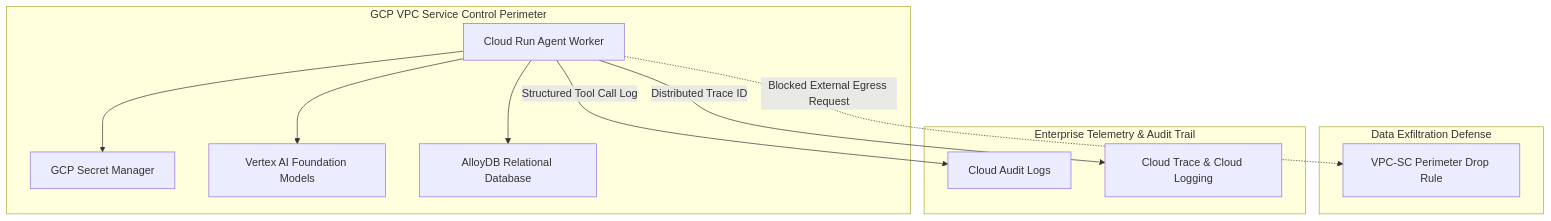
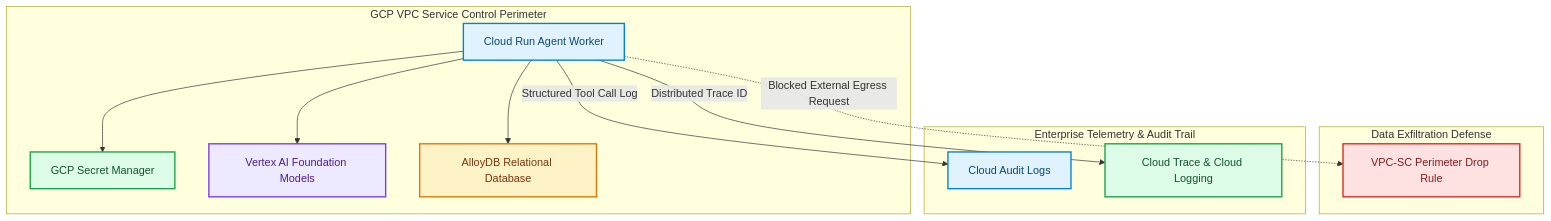
Before and after one commit to akmalkhaniub/akmalkhaniub.github.io: the diagram in blog/posts/gcp-zero-trust-agent-security-vpc-service-controls-audit-logs.md, drawn with Mermaid. The commit also changed other lines of this file and 1291 other files, not shown here.

First line of the commit message:
feat(catalog): unique covers, scholarly references, and diagram palettes

````diff
--- a/blog/posts/gcp-zero-trust-agent-security-vpc-service-controls-audit-logs.md
+++ b/blog/posts/gcp-zero-trust-agent-security-vpc-service-controls-audit-logs.md
@@ -17,17 +17,28 @@
 ```mermaid
 flowchart TD
   subgraph SG1_GcpVpcService ["GCP VPC Service Control Perimeter"]
-    A[Cloud Run Agent Worker] --> B[GCP Secret Manager]
-    A --> C[Vertex AI Foundation Models]
-    A --> D[AlloyDB Relational Database]
+    A["Cloud Run Agent Worker"] --> B["GCP Secret Manager"]
+    A --> C["Vertex AI Foundation Models"]
+    A --> D["AlloyDB Relational Database"]
   end
   
   subgraph SG2_DataExfiltrationDefense ["Data Exfiltration Defense"]
-    A -.->|Blocked External Egress Request| E[VPC-SC Perimeter Drop Rule]
+    A -.->|Blocked External Egress Request| E["VPC-SC Perimeter Drop Rule"]
   end
   
   subgraph SG3_EnterpriseTelemetryAudit ["Enterprise Telemetry & Audit Trail"]
-    A -->|Structured Tool Call Log| F[Cloud Audit Logs]
-    A -->|Distributed Trace ID| G[Cloud Trace & Cloud Logging]
+    A -->|Structured Tool Call Log| F["Cloud Audit Logs"]
+    A -->|Distributed Trace ID| G["Cloud Trace & Cloud Logging"]
   end
+
+classDef green fill:#dcfce7,stroke:#16a34a,stroke-width:2px,color:#14532d;
+classDef red fill:#fee2e2,stroke:#dc2626,stroke-width:2px,color:#7f1d1d;
+classDef blue fill:#e0f2fe,stroke:#0284c7,stroke-width:2px,color:#0c4a6e;
+classDef yellow fill:#fef3c7,stroke:#d97706,stroke-width:2px,color:#78350f;
+classDef purple fill:#ede9fe,stroke:#7c3aed,stroke-width:2px,color:#4c1d95;
+class A,F blue
+class B,G green
+class C purple
+class D yellow
+class E red
 ```
````
